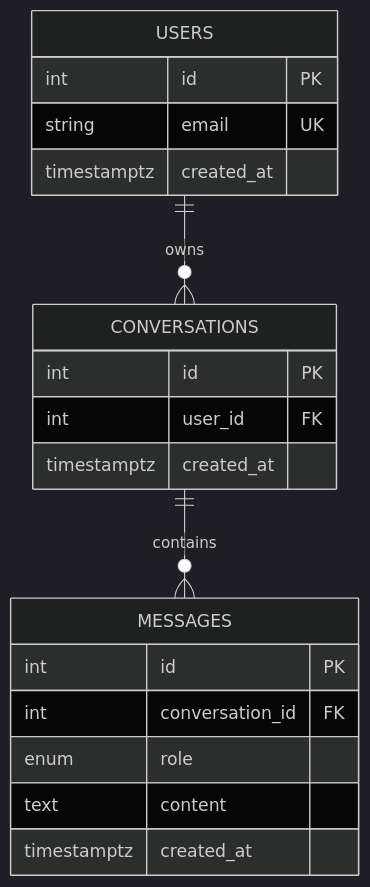
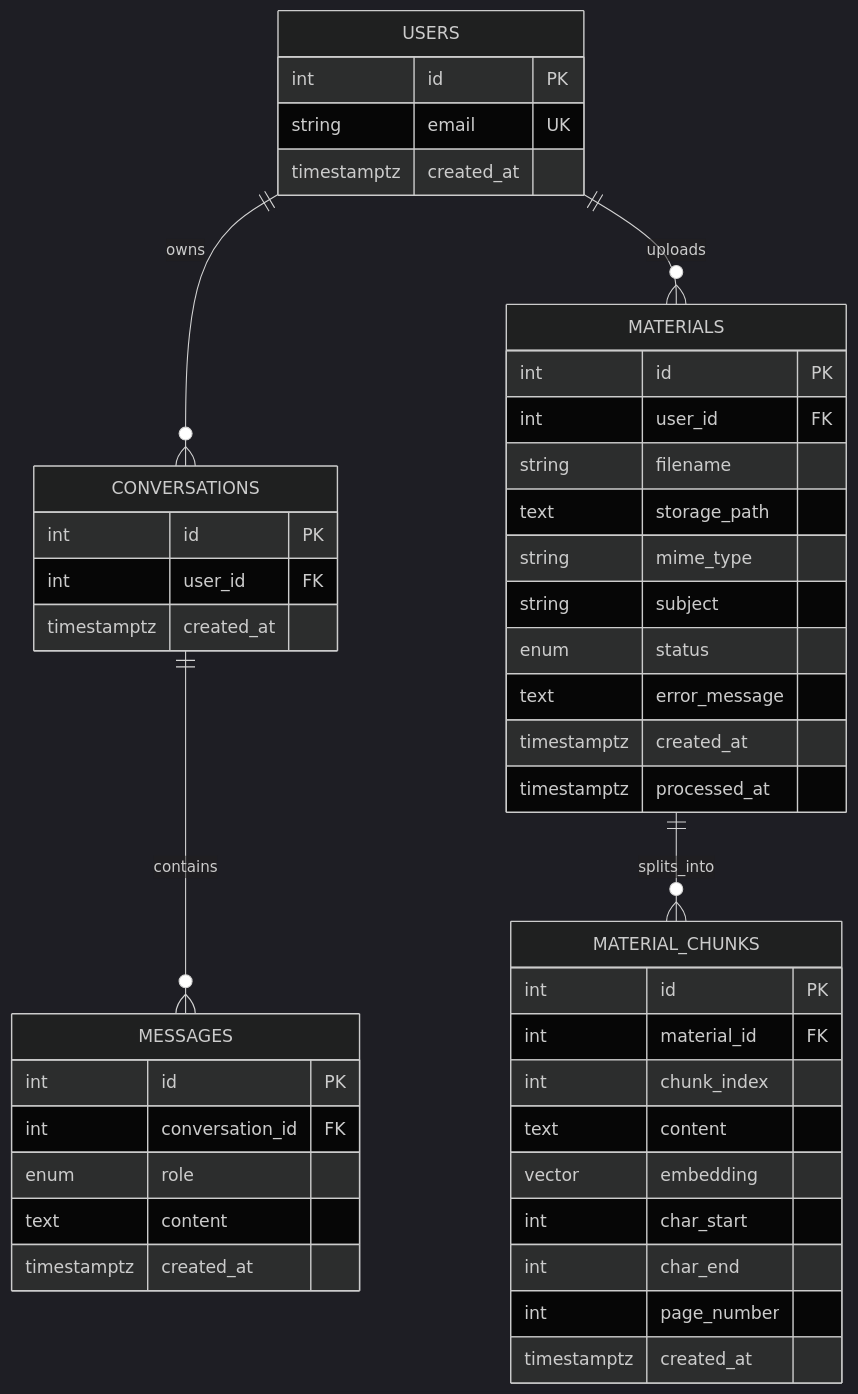
The diagram in DATABASE_SCHEMA.md (jitani04/Intelligent-Tutoring-System), drawn with Mermaid (dark theme) before and after one commit. The commit also changed other lines of this file and 34 other files, not shown here.

````diff
--- a/DATABASE_SCHEMA.md
+++ b/DATABASE_SCHEMA.md
@@ -13,25 +15,52 @@
 ```mermaid
 erDiagram
     USERS ||--o{ CONVERSATIONS : owns
+    USERS ||--o{ MATERIALS : uploads
     CONVERSATIONS ||--o{ MESSAGES : contains
+    MATERIALS ||--o{ MATERIAL_CHUNKS : splits_into
 
     USERS {
         int id PK
         string email UK
         timestamptz created_at
     }
 
     CONVERSATIONS {
         int id PK
         int user_id FK
         timestamptz created_at
     }
 
     MESSAGES {
         int id PK
         int conversation_id FK
         enum role
         text content
         timestamptz created_at
     }
+
+    MATERIALS {
+        int id PK
+        int user_id FK
+        string filename
+        text storage_path
+        string mime_type
+        string subject
+        enum status
+        text error_message
+        timestamptz created_at
+        timestamptz processed_at
+    }
+
+    MATERIAL_CHUNKS {
+        int id PK
+        int material_id FK
+        int chunk_index
+        text content
+        vector embedding
+        int char_start
+        int char_end
+        int page_number
+        timestamptz created_at
+    }
 ```
````
